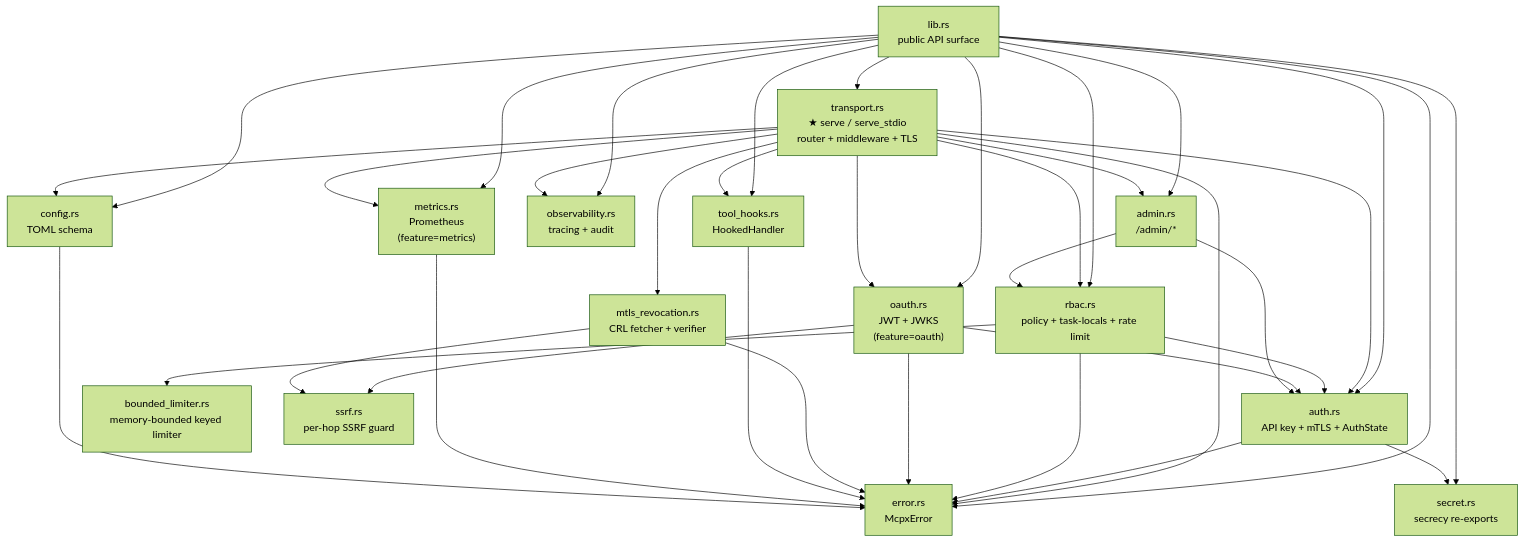
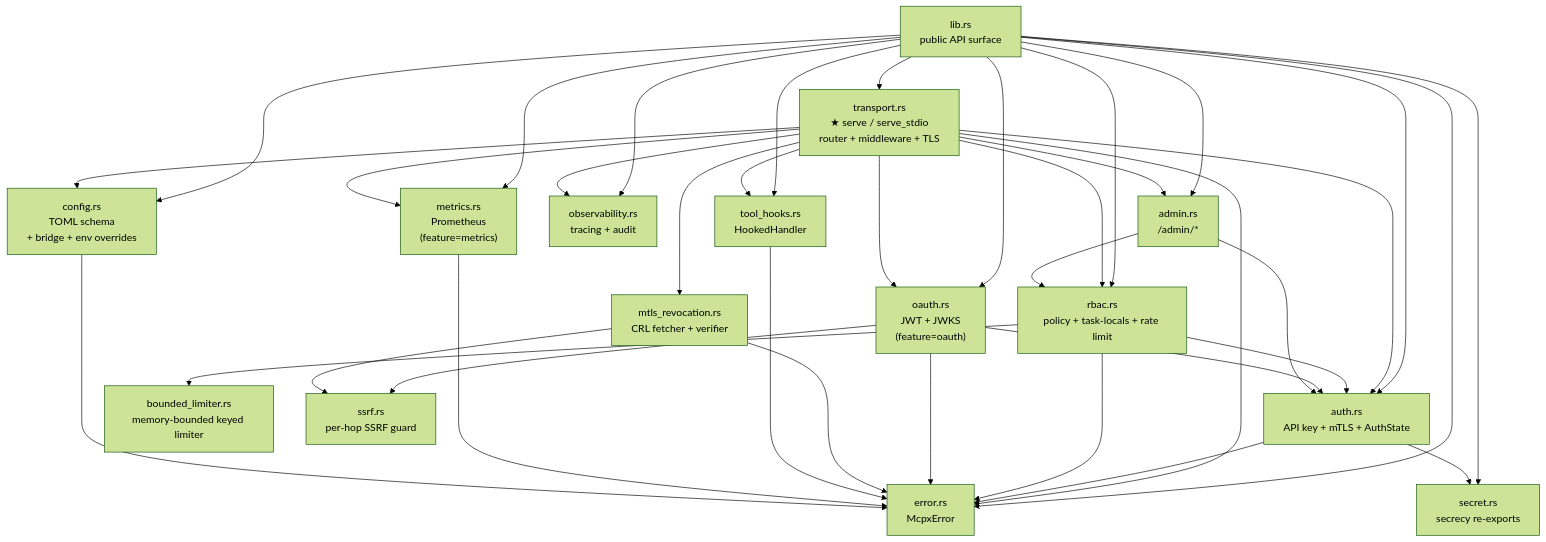
Before and after one commit to andrico21/rmcp-server-kit: the fourth of 4 diagrams in docs/MINDMAP.md, drawn with Mermaid (forest theme). The commit also changed other lines of this file and 1 other file, not shown here.

First line of the commit message:
docs(architecture): correct section 15 and cover the config pipeline

````diff
--- a/docs/MINDMAP.md
+++ b/docs/MINDMAP.md
@@ -356,57 +359,57 @@
 ```mermaid
 graph TD
     lib[lib.rs<br/>public API surface]
     transport[transport.rs<br/>★ serve / serve_stdio<br/>router + middleware + TLS]
     auth[auth.rs<br/>API key + mTLS + AuthState]
     rbac[rbac.rs<br/>policy + task-locals + rate limit]
     bl[bounded_limiter.rs<br/>memory-bounded keyed limiter]
     oauth["oauth.rs<br/>JWT + JWKS<br/>(feature=oauth)"]
     ssrf[ssrf.rs<br/>per-hop SSRF guard]
     mtlsr[mtls_revocation.rs<br/>CRL fetcher + verifier]
     admin[admin.rs<br/>/admin/*]
     hooks[tool_hooks.rs<br/>HookedHandler]
     obs[observability.rs<br/>tracing + audit]
     metrics["metrics.rs<br/>Prometheus<br/>(feature=metrics)"]
-    config[config.rs<br/>TOML schema]
+    config[config.rs<br/>TOML schema<br/>+ bridge + env overrides]
     error[error.rs<br/>McpxError]
     secret[secret.rs<br/>secrecy re-exports]
 
     lib --> transport
     lib --> auth
     lib --> rbac
     lib --> oauth
     lib --> admin
     lib --> hooks
     lib --> obs
     lib --> metrics
     lib --> config
     lib --> error
     lib --> secret
 
     transport --> auth
     transport --> rbac
     transport --> oauth
     transport --> mtlsr
     transport --> admin
     transport --> hooks
     transport --> obs
     transport --> metrics
     transport --> config
     transport --> error
 
     auth --> error
     auth --> secret
     rbac --> error
     rbac --> auth
     rbac --> bl
     oauth --> error
     oauth --> auth
     oauth --> ssrf
     mtlsr --> ssrf
     mtlsr --> error
     admin --> auth
     admin --> rbac
     hooks --> error
     metrics --> error
     config --> error
 ```
````
